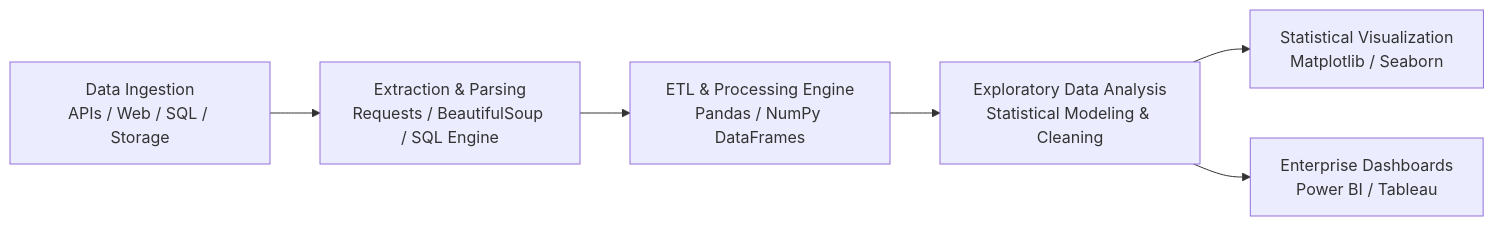
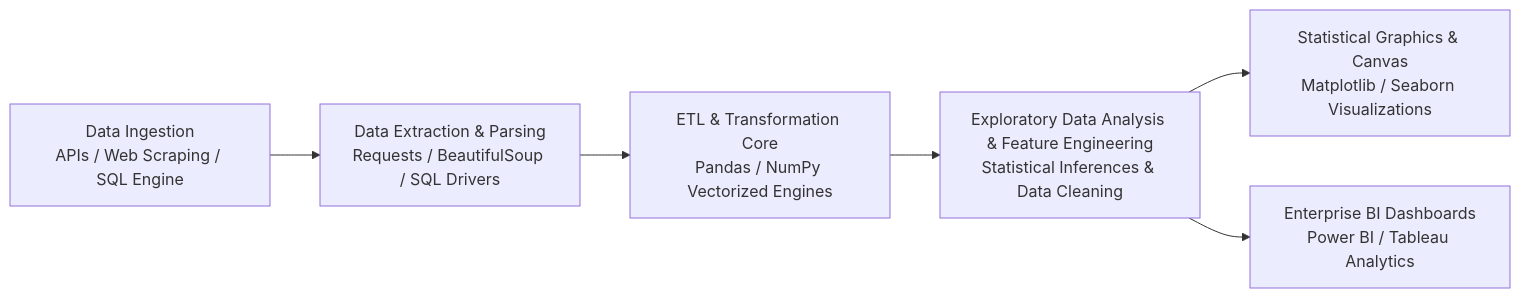
Before and after one commit to ronitmexson2924/Data-Analysis: the diagram in README.md, drawn with Mermaid. The commit also changed other lines of this file, not shown here.

````diff
--- a/README.md
+++ b/README.md
@@ -38,8 +40,8 @@
 ```mermaid
 flowchart LR
-    A[Data Ingestion\nAPIs / Web / SQL / Storage] --> B[Extraction & Parsing\nRequests / BeautifulSoup / SQL Engine]
-    B --> C[ETL & Processing Engine\nPandas / NumPy DataFrames]
-    C --> D[Exploratory Data Analysis\nStatistical Modeling & Cleaning]
-    D --> E1[Statistical Visualization\nMatplotlib / Seaborn]
-    D --> E2[Enterprise Dashboards\nPower BI / Tableau]
+    A[Data Ingestion\nAPIs / Web Scraping / SQL Engine] --> B[Data Extraction & Parsing\nRequests / BeautifulSoup / SQL Drivers]
+    B --> C[ETL & Transformation Core\nPandas / NumPy Vectorized Engines]
+    C --> D[Exploratory Data Analysis & Feature Engineering\nStatistical Inferences & Data Cleaning]
+    D --> E1[Statistical Graphics & Canvas\nMatplotlib / Seaborn Visualizations]
+    D --> E2[Enterprise BI Dashboards\nPower BI / Tableau Analytics]
 ```
````
